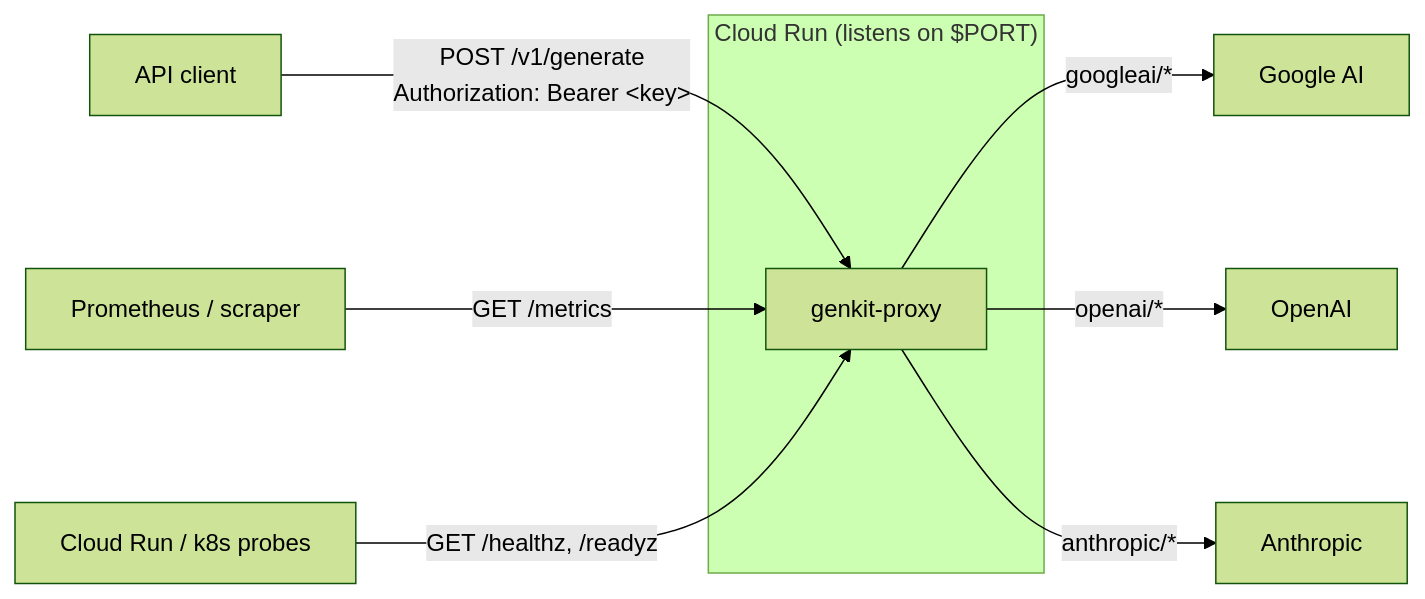
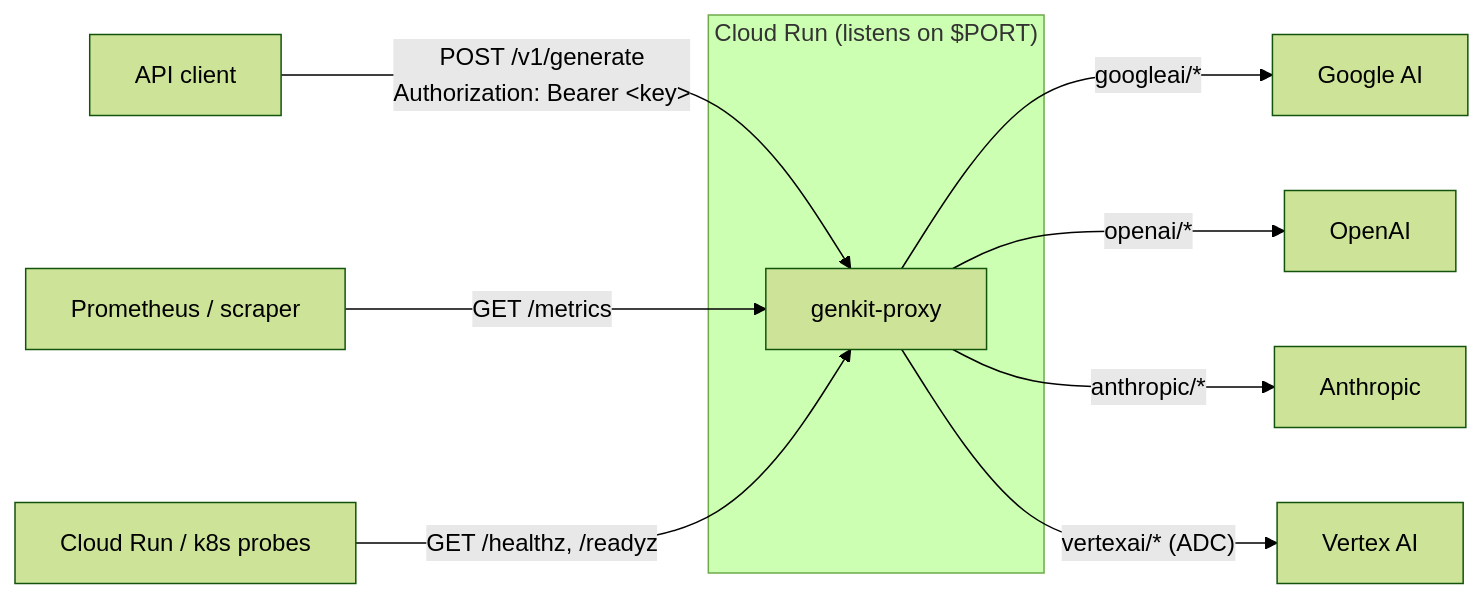
The first of 10 diagrams in docs/architecture.md (nicolapasqua99/genkit-proxy), drawn with Mermaid (forest theme) before and after one commit. The commit also changed other lines of this file and 7 other files, not shown here.

First line of the commit message:
feat(proxy): add Vertex AI provider (#23)

````diff
--- a/docs/architecture.md
+++ b/docs/architecture.md
@@ -13,14 +13,15 @@
 ```mermaid
 graph LR
     client["API client"] -->|"POST /v1/generate<br/>Authorization: Bearer &lt;key&gt;"| proxy
     scraper["Prometheus / scraper"] -->|"GET /metrics"| proxy
     probe["Cloud Run / k8s probes"] -->|"GET /healthz, /readyz"| proxy
 
     subgraph host["Cloud Run (listens on $PORT)"]
         proxy["genkit-proxy"]
     end
 
     proxy -->|"googleai/*"| google["Google AI"]
     proxy -->|"openai/*"| openai["OpenAI"]
     proxy -->|"anthropic/*"| anthropic["Anthropic"]
+    proxy -->|"vertexai/* (ADC)"| vertex["Vertex AI"]
 ```
````
